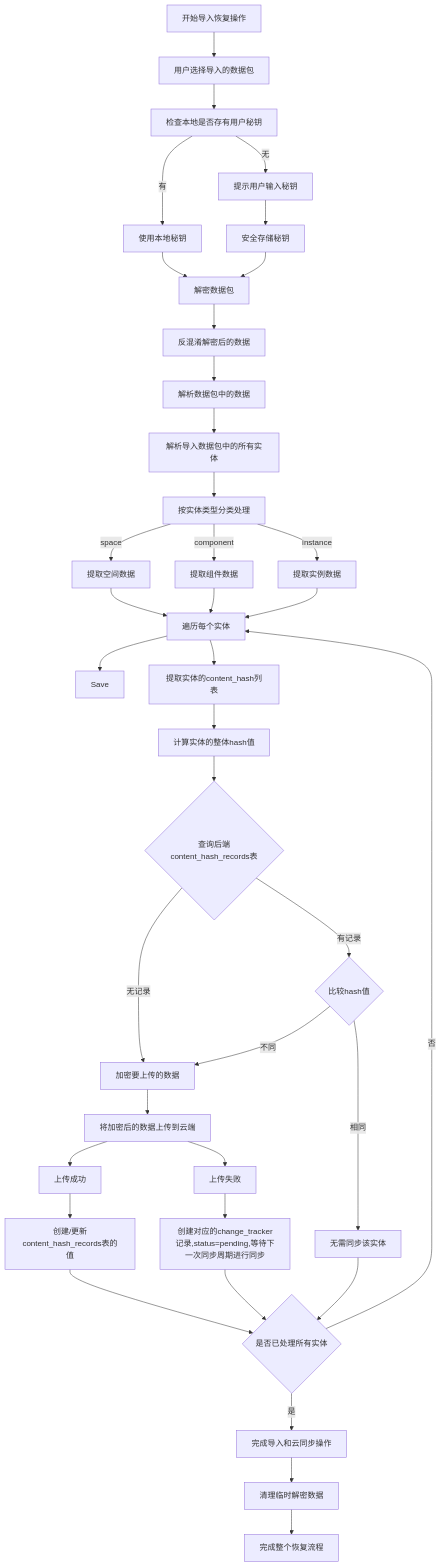
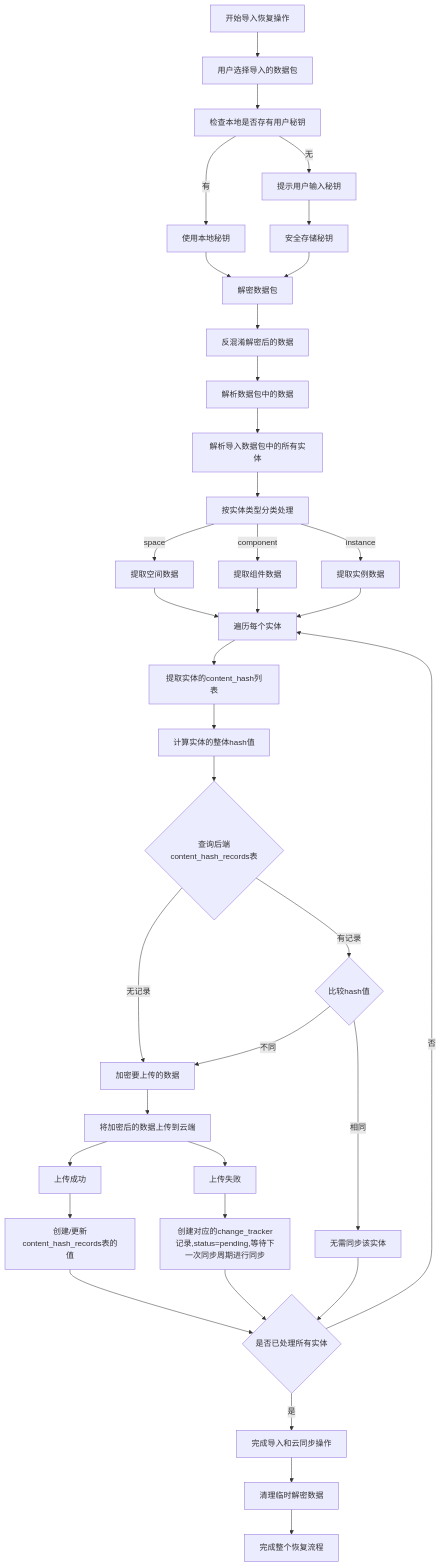
The diagram in all/未命名-44.md (yingjianzh/iodraw-files), drawn with Mermaid before and after one commit.

Commit message:
2025-04-27 17:56:37 update

````diff
--- a/all/未命名-44.md
+++ b/all/未命名-44.md
@@ -1,56 +1,55 @@
 ```mermaid
 flowchart TD
     A[开始导入恢复操作] --> B[用户选择导入的数据包]
     B --> B1[检查本地是否存有用户秘钥]
     
     B1 -->|有| B3[使用本地秘钥]
     B1 -->|无| B4[提示用户输入秘钥]
 
     B4 --> B8[安全存储秘钥]
     B3 --> B10[解密数据包]
     B8 --> B10
     
     B10 --> B11[反混淆解密后的数据]
     B11 --> C[解析数据包中的数据]
     
     C --> D[解析导入数据包中的所有实体]
     D --> G[按实体类型分类处理]
     
     G -->|space| H1[提取空间数据]
     G -->|component| H2[提取组件数据]
     G -->|instance| H3[提取实例数据]
     
     H1 --> I[遍历每个实体]
     H2 --> I
     H3 --> I
     
-    I --> Save
     I --> J[提取实体的content_hash列表]
     J --> K[计算实体的整体hash值]
     
     K --> L{查询后端content_hash_records表}
     L -->|无记录| M1[加密要上传的数据]
     M1 --> M1a[将加密后的数据上传到云端]
     M1a --> N1[上传成功]
     M1a --> N2[上传失败]
     
     N2 --> N3[创建对应的change_tracker记录,status=pending,等待下一次同步周期进行同步]
     N3 --> S
     N1 --> M4[创建/更新content_hash_records表的值]
 
 
     L -->|有记录| M2{比较hash值}
     M2 -->|不同| M1
 
     M2 -->|相同| M3[无需同步该实体]
     
     
     M3 --> S{是否已处理所有实体}
     M4 --> S{是否已处理所有实体}
     
     S -->|否| I
     S -->|是| T[完成导入和云同步操作]
     
     T --> U[清理临时解密数据]
     U --> V[完成整个恢复流程]
 ```
````
